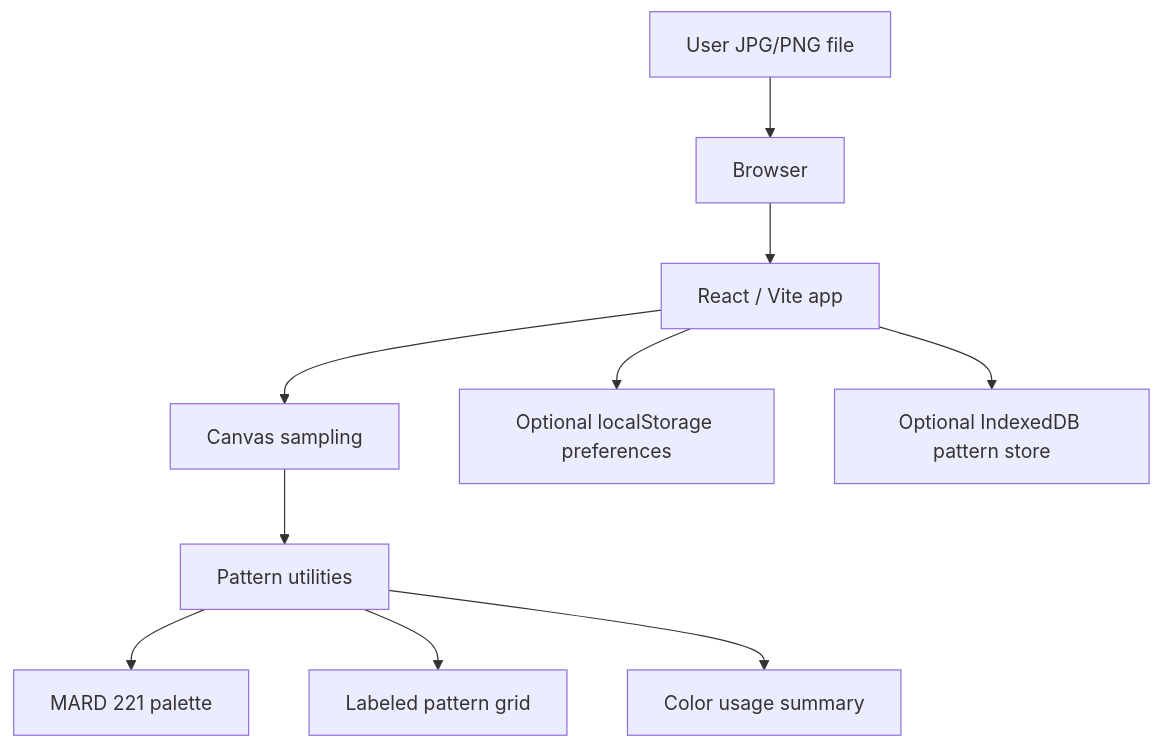
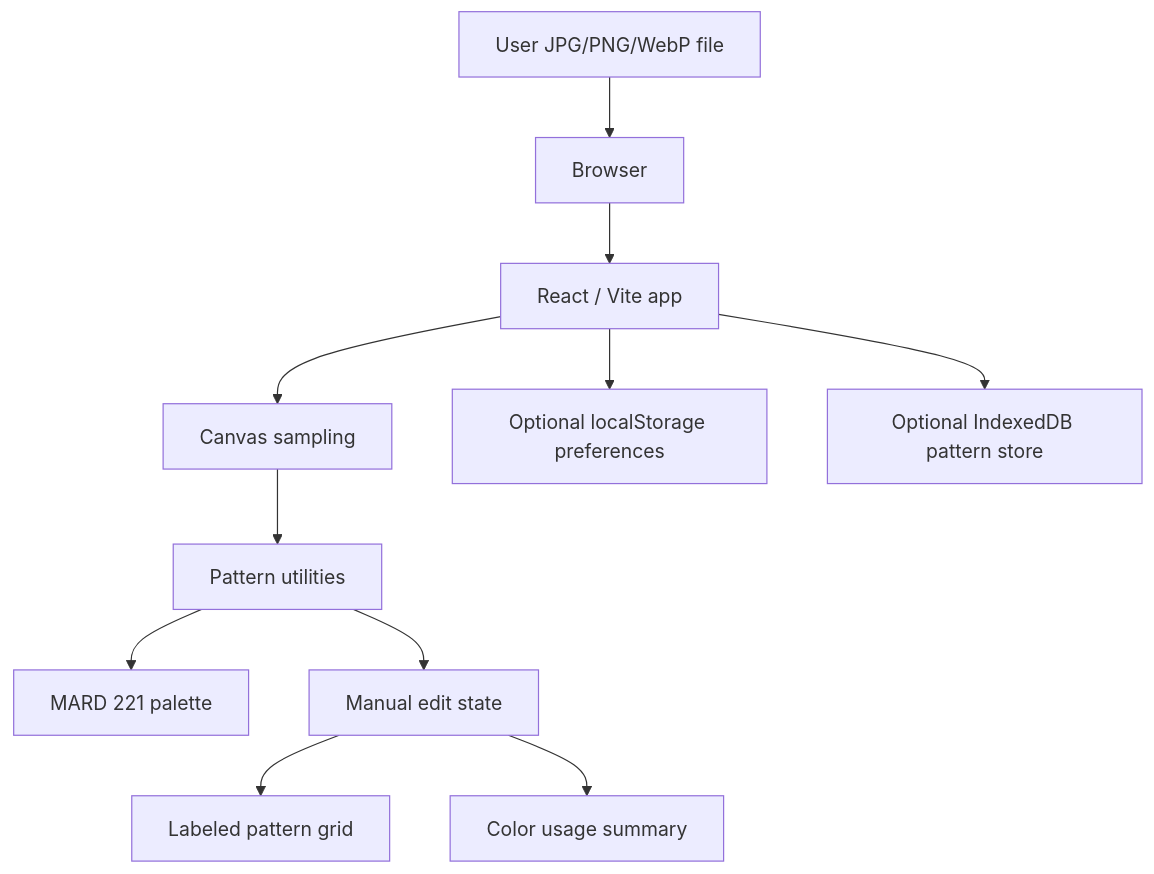
The diagram in docs/architecture.md (vendettar/fundbeads), drawn with Mermaid before and after one commit. The commit also changed other lines of this file and 24 other files, not shown here.

````diff
--- a/docs/architecture.md
+++ b/docs/architecture.md
@@ -7,12 +7,13 @@
 ```mermaid
 graph TD
-    UserFile["User JPG/PNG file"] --> Browser["Browser"]
+    UserFile["User JPG/PNG/WebP file"] --> Browser["Browser"]
     Browser --> ReactApp["React / Vite app"]
     ReactApp --> Canvas["Canvas sampling"]
     Canvas --> PatternLogic["Pattern utilities"]
     PatternLogic --> Palette["MARD 221 palette"]
-    PatternLogic --> Grid["Labeled pattern grid"]
-    PatternLogic --> Summary["Color usage summary"]
+    PatternLogic --> PatternEdit["Manual edit state"]
+    PatternEdit --> Grid["Labeled pattern grid"]
+    PatternEdit --> Summary["Color usage summary"]
     ReactApp --> Preferences["Optional localStorage preferences"]
     ReactApp --> LocalPatternStore["Optional IndexedDB pattern store"]
 ```
````
